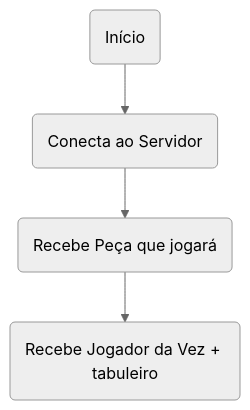
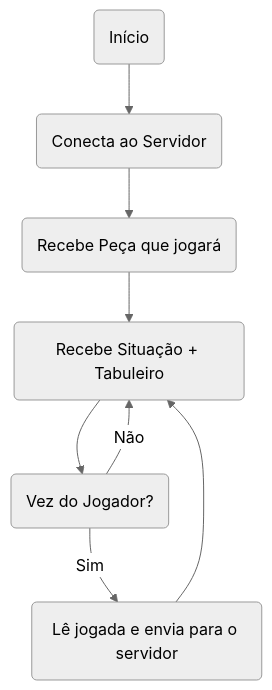
The diagram in source/project_03/README.md (lupamedeiros/pjd_redes), drawn with Mermaid (neutral theme) before and after one commit.

````diff
--- a/source/project_03/README.md
+++ b/source/project_03/README.md
@@ -6,7 +6,11 @@
 ```mermaid
 graph TD;
     I(Início) --> C(Conecta ao Servidor)
     C --> R(Recebe Peça que jogará)
-    R --> J(Recebe Jogador da Vez + tabuleiro)
+    R --> V(Recebe Situação + Tabuleiro)
+    V --> J(Vez do Jogador?)
+    J -- Sim --> L(Lê jogada e envia para o servidor)
+    L --> V
+    J -- Não --> V
 
 ```
````
